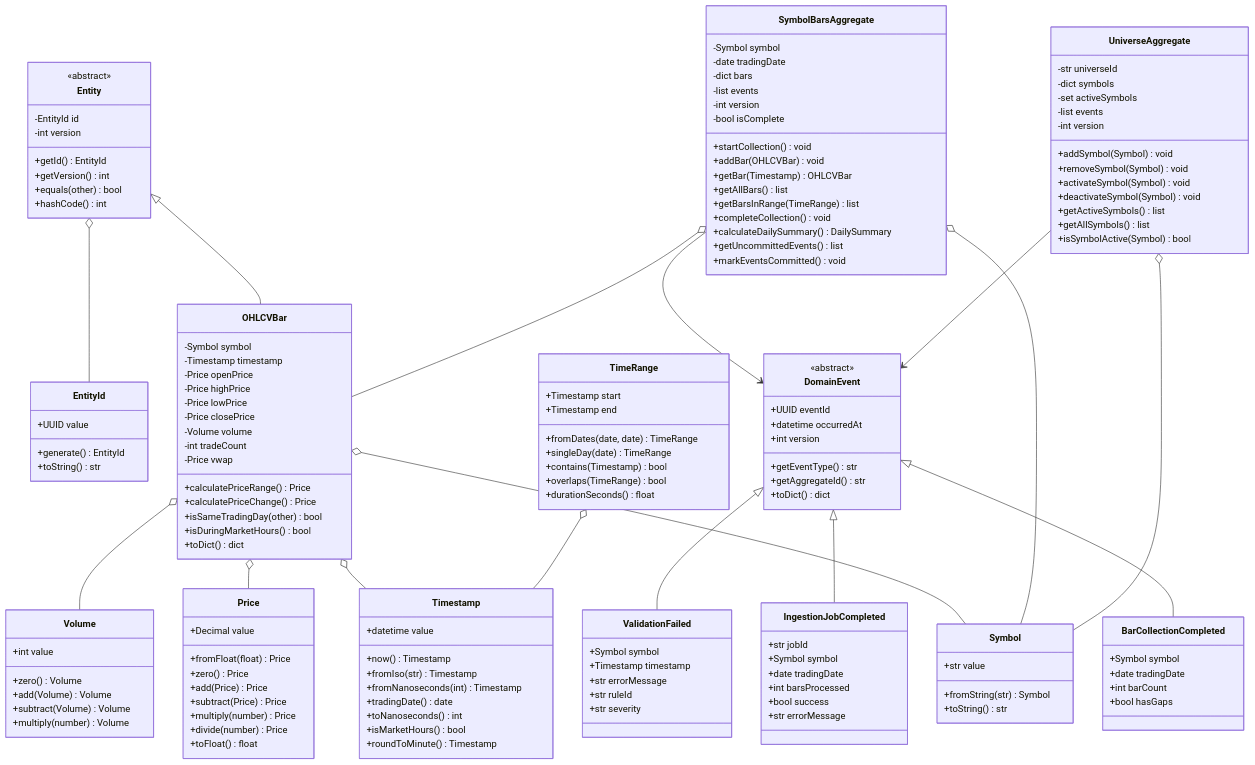
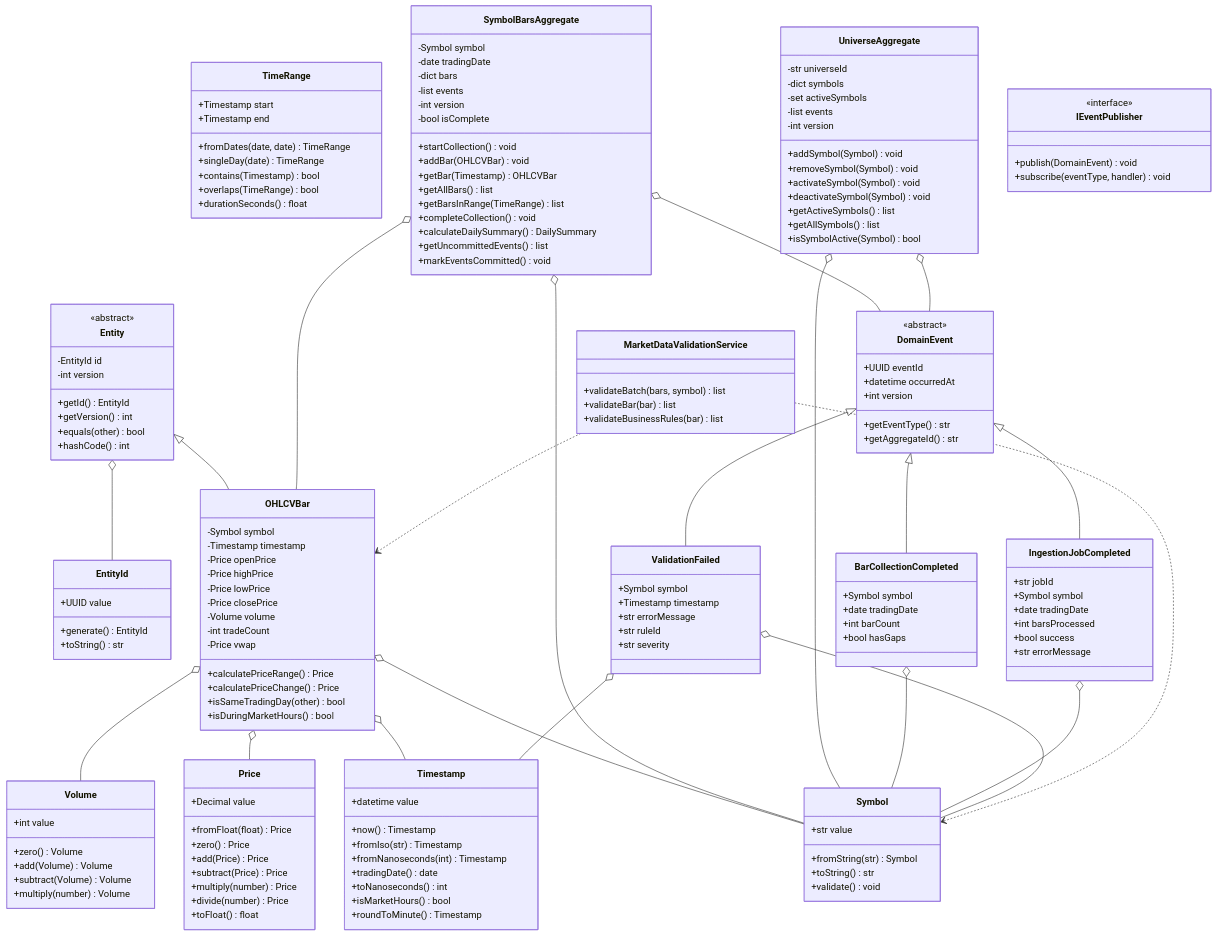
Before and after one commit to joeyda3rd/MarketPipe: the third of 5 diagrams in docs/domain_model_diagram.md, drawn with Mermaid. The commit also changed other lines of this file and 7 other files, not shown here.

````diff
--- a/docs/domain_model_diagram.md
+++ b/docs/domain_model_diagram.md
@@ -78,13 +138,13 @@
         +calculatePriceChange() Price
         +isSameTradingDay(other) bool
         +isDuringMarketHours() bool
-        +toDict() dict
     }
     
     class Symbol {
         +str value
         +fromString(str) Symbol
         +toString() str
+        +validate() void
     }
     
     class Price {
@@ -167,7 +227,6 @@
         +int version
         +getEventType() str
         +getAggregateId() str
-        +toDict() dict
     }
     
     class BarCollectionCompleted {
@@ -194,6 +253,18 @@
         +str severity
     }
     
+    class IEventPublisher {
+        <<interface>>
+        +publish(DomainEvent) void
+        +subscribe(eventType, handler) void
+    }
+    
+    class MarketDataValidationService {
+        +validateBatch(bars, symbol) list
+        +validateBar(bar) list
+        +validateBusinessRules(bar) list
+    }
+    
     Entity <|-- OHLCVBar
     Entity o-- EntityId
     
@@ -204,14 +275,20 @@
     
     SymbolBarsAggregate o-- Symbol
     SymbolBarsAggregate o-- OHLCVBar
-    SymbolBarsAggregate --> DomainEvent
+    SymbolBarsAggregate o-- DomainEvent
     
     UniverseAggregate o-- Symbol
-    UniverseAggregate --> DomainEvent
+    UniverseAggregate o-- DomainEvent
     
     DomainEvent <|-- BarCollectionCompleted
     DomainEvent <|-- IngestionJobCompleted
     DomainEvent <|-- ValidationFailed
     
-    TimeRange o-- Timestamp
+    BarCollectionCompleted o-- Symbol
+    IngestionJobCompleted o-- Symbol
+    ValidationFailed o-- Symbol
+    ValidationFailed o-- Timestamp
+    
+    MarketDataValidationService ..> OHLCVBar
+    MarketDataValidationService ..> Symbol
 ```
````
